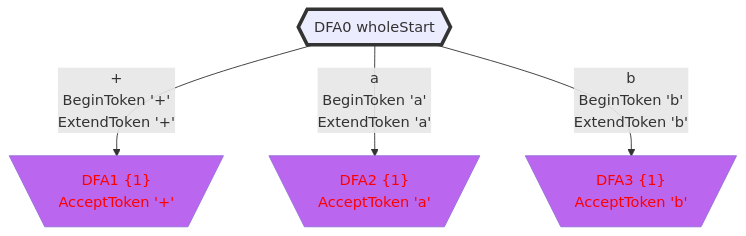
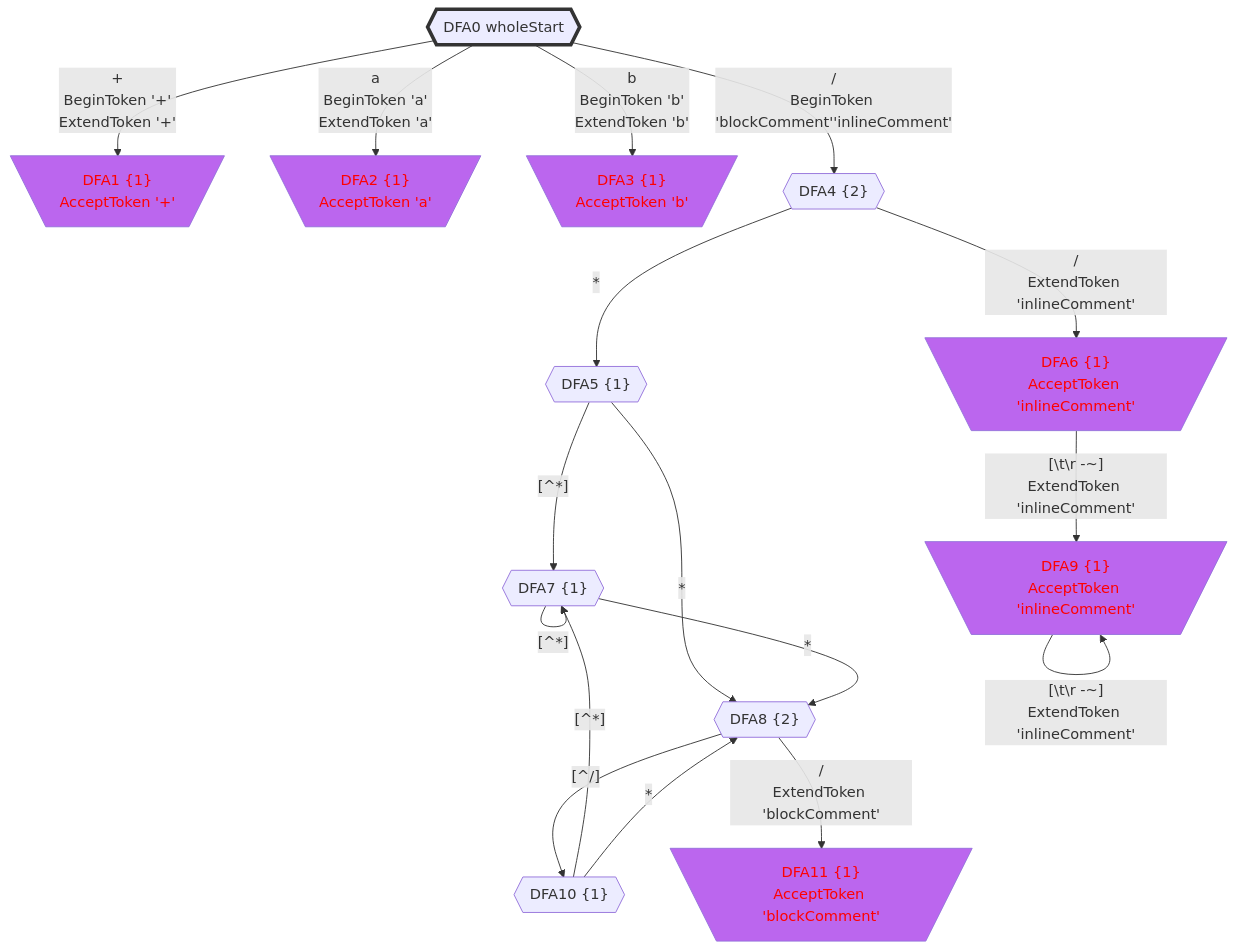
The fifth of 7 diagrams in Practices/Practice.GeneratedXxxFormat.Test/GeneratedABB/doc/LexicalStates.gen.md (bitzhuwei/GrammarMentor), drawn with Mermaid before and after one commit. The commit also changed other lines of this file and 3868 other files, not shown here.

````diff
--- a/Practices/Practice.GeneratedXxxFormat.Test/GeneratedABB/doc/LexicalStates.gen.md
+++ b/Practices/Practice.GeneratedXxxFormat.Test/GeneratedABB/doc/LexicalStates.gen.md
@@ -353,38 +711,70 @@
 ```Mermaid
 flowchart
 classDef c0001 color:#FF0000;
 classDef c0010 stroke-dasharray: 10 10;
 classDef c0011 stroke-dasharray: 10 10,color:#FF0000;
 classDef c0100 fill:#BB66EE;
 classDef c0101 fill:#BB66EE,color:#FF0000;
 classDef c0110 fill:#BB66EE,stroke-dasharray: 10 10;
 classDef c0111 fill:#BB66EE,stroke-dasharray: 10 10,color:#FF0000;
 classDef c1000 stroke:#333,stroke-width:4px;
 classDef c1001 stroke:#333,stroke-width:4px,color:#FF0000;
 classDef c1010 stroke:#333,stroke-width:4px,stroke-dasharray: 10 10;
 classDef c1011 stroke:#333,stroke-width:4px,stroke-dasharray: 10 10,color:#FF0000;
 classDef c1100 stroke:#333,stroke-width:4px,fill:#BB66EE;
 classDef c1101 stroke:#333,stroke-width:4px,fill:#BB66EE,color:#FF0000;
 classDef c1110 stroke:#333,stroke-width:4px,fill:#BB66EE,stroke-dasharray: 10 10;
 classDef c1111 stroke:#333,stroke-width:4px,fill:#BB66EE,stroke-dasharray: 10 10,color:#FF0000;
-DFA0_1303046169{{"DFA0 wholeStart"}}
-class DFA0_1303046169 c1000;
-DFA1_642929875[\"DFA1 {1}
+DFA0_-145138233{{"DFA0 wholeStart"}}
+class DFA0_-145138233 c1000;
+DFA1_858262531[\"DFA1 {1}
 AcceptToken '+'"/]
-class DFA1_642929875 c0101;
-DFA2_1083584447[\"DFA2 {1}
+class DFA1_858262531 c0101;
+DFA2_-1456802818[\"DFA2 {1}
 AcceptToken 'a'"/]
-class DFA2_1083584447 c0101;
-DFA3_924445311[\"DFA3 {1}
+class DFA2_-1456802818 c0101;
+DFA3_-1846132672[\"DFA3 {1}
 AcceptToken 'b'"/]
-class DFA3_924445311 c0101;
-DFA0_1303046169 -->|"+
+class DFA3_-1846132672 c0101;
+DFA4_1647248238{{"DFA4 {2}"}}
+DFA5_-1056910773{{"DFA5 {1}"}}
+DFA6_1888404948[\"DFA6 {1}
+AcceptToken 'inlineComment'"/]
+class DFA6_1888404948 c0101;
+DFA7_-1533072777{{"DFA7 {1}"}}
+DFA8_608653625{{"DFA8 {2}"}}
+DFA9_-1539186643[\"DFA9 {1}
+AcceptToken 'inlineComment'"/]
+class DFA9_-1539186643 c0101;
+DFA10_249229384{{"DFA10 {1}"}}
+DFA11_-1148494017[\"DFA11 {1}
+AcceptToken 'blockComment'"/]
+class DFA11_-1148494017 c0101;
+DFA0_-145138233 -->|"+
 BeginToken '+'
-ExtendToken '+'"|DFA1_642929875
-DFA0_1303046169 -->|"a
+ExtendToken '+'"|DFA1_858262531
+DFA0_-145138233 -->|"a
 BeginToken 'a'
-ExtendToken 'a'"|DFA2_1083584447
-DFA0_1303046169 -->|"b
+ExtendToken 'a'"|DFA2_-1456802818
+DFA0_-145138233 -->|"b
 BeginToken 'b'
-ExtendToken 'b'"|DFA3_924445311
+ExtendToken 'b'"|DFA3_-1846132672
+DFA0_-145138233 -->|"/
+BeginToken 'blockComment''inlineComment'"|DFA4_1647248238
+DFA4_1647248238 -->|"*"|DFA5_-1056910773
+DFA4_1647248238 -->|"/
+ExtendToken 'inlineComment'"|DFA6_1888404948
+DFA5_-1056910773 -->|"[^*]"|DFA7_-1533072777
+DFA5_-1056910773 -->|"*"|DFA8_608653625
+DFA6_1888404948 -->|"[#92;t#92;r#32;-~]
+ExtendToken 'inlineComment'"|DFA9_-1539186643
+DFA7_-1533072777 -->|"[^*]"|DFA7_-1533072777
+DFA7_-1533072777 -->|"*"|DFA8_608653625
+DFA8_608653625 -->|"[^/]"|DFA10_249229384
+DFA8_608653625 -->|"/
+ExtendToken 'blockComment'"|DFA11_-1148494017
+DFA9_-1539186643 -->|"[#92;t#92;r#32;-~]
+ExtendToken 'inlineComment'"|DFA9_-1539186643
+DFA10_249229384 -->|"[^*]"|DFA7_-1533072777
+DFA10_249229384 -->|"*"|DFA8_608653625
 ```
````
